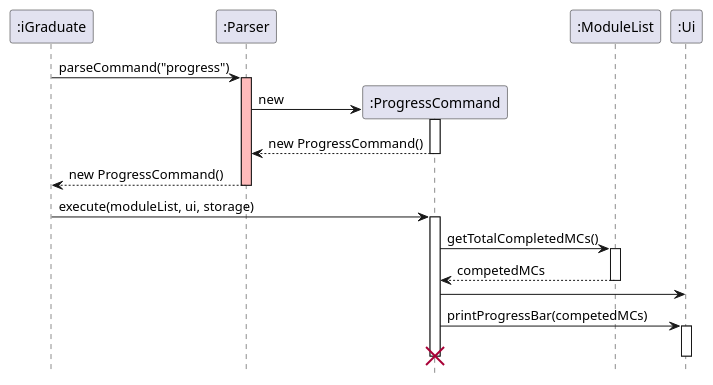
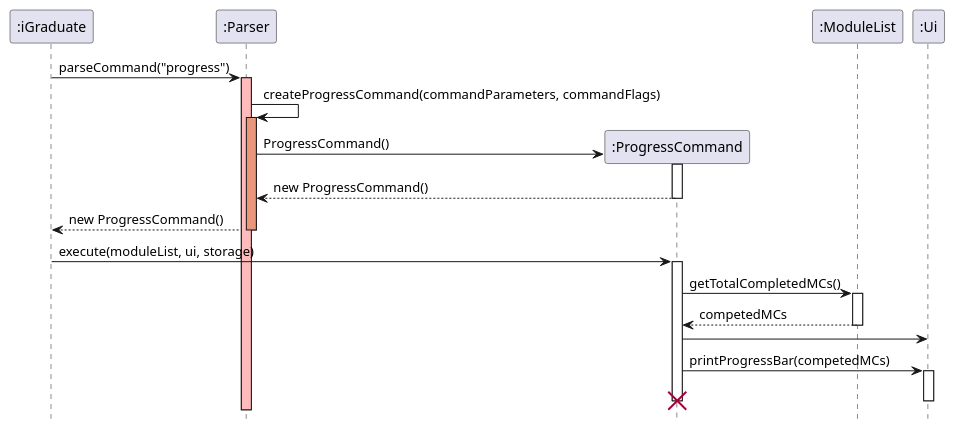
One commit to oscarlai1998/tp changed the diagram in docs/diagrams/ProgressSequenceDiagram.puml. Above: the diagram before and after it, drawn with PlantUML. The commit also changed 4 other files, not shown here.

Commit message:
Changed sequence diagram for CapCommand and Progresscommand

```diff
--- a/docs/diagrams/ProgressSequenceDiagram.puml
+++ b/docs/diagrams/ProgressSequenceDiagram.puml
@@ -1,37 +1,40 @@
 @startuml
 hide footbox
 
 participant ":iGraduate" as iGraduate
 participant ":Parser" as Parser
 participant ":ProgressCommand" as ProgressCommand
 participant ":ModuleList" as ModuleList
 participant ":Ui" as Ui
 
 iGraduate -> Parser: parseCommand("progress")
 activate Parser #FFBBBB
 
+Parser -> Parser: createProgressCommand(commandParameters, commandFlags)
+activate Parser #DarkSalmon
+
 create ProgressCommand
-Parser -> ProgressCommand: new
+Parser -> ProgressCommand: ProgressCommand()
 activate ProgressCommand
 ProgressCommand --> Parser: new ProgressCommand()
 deactivate ProgressCommand
 
 Parser --> iGraduate: new ProgressCommand()
 deactivate Parser
 
 iGraduate -> ProgressCommand: execute(moduleList, ui, storage)
 activate ProgressCommand
 
 ProgressCommand -> ModuleList: getTotalCompletedMCs()
 activate ModuleList
 ModuleList --> ProgressCommand: competedMCs
 deactivate ModuleList
 
 ProgressCommand -> Ui
 ProgressCommand -> Ui: printProgressBar(competedMCs)
 activate Ui
 deactivate Ui
 destroy ProgressCommand
 
 
 @enduml
```
